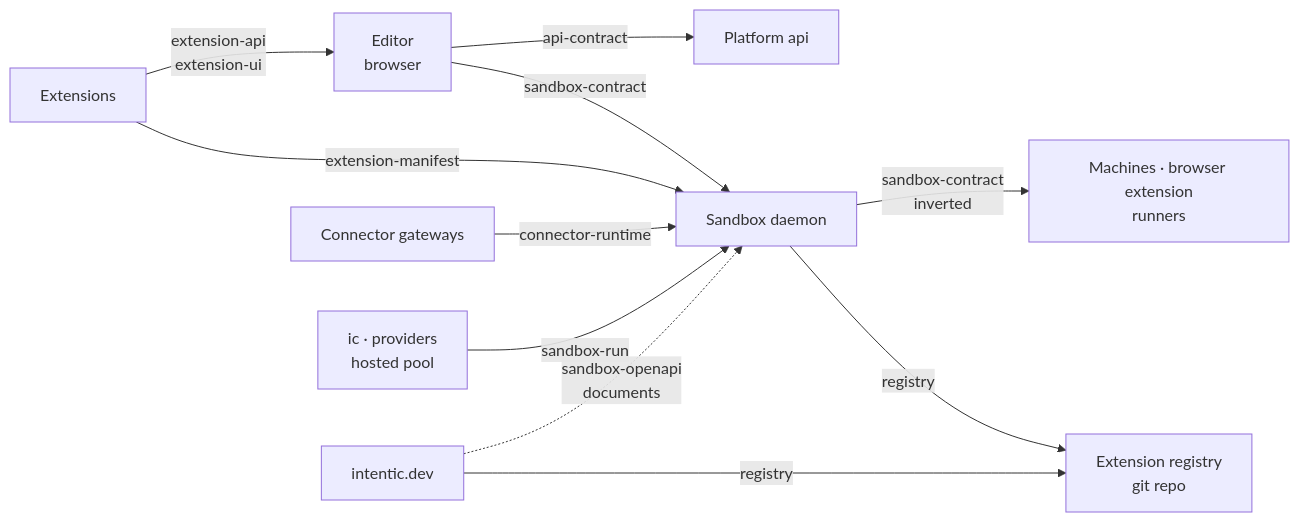
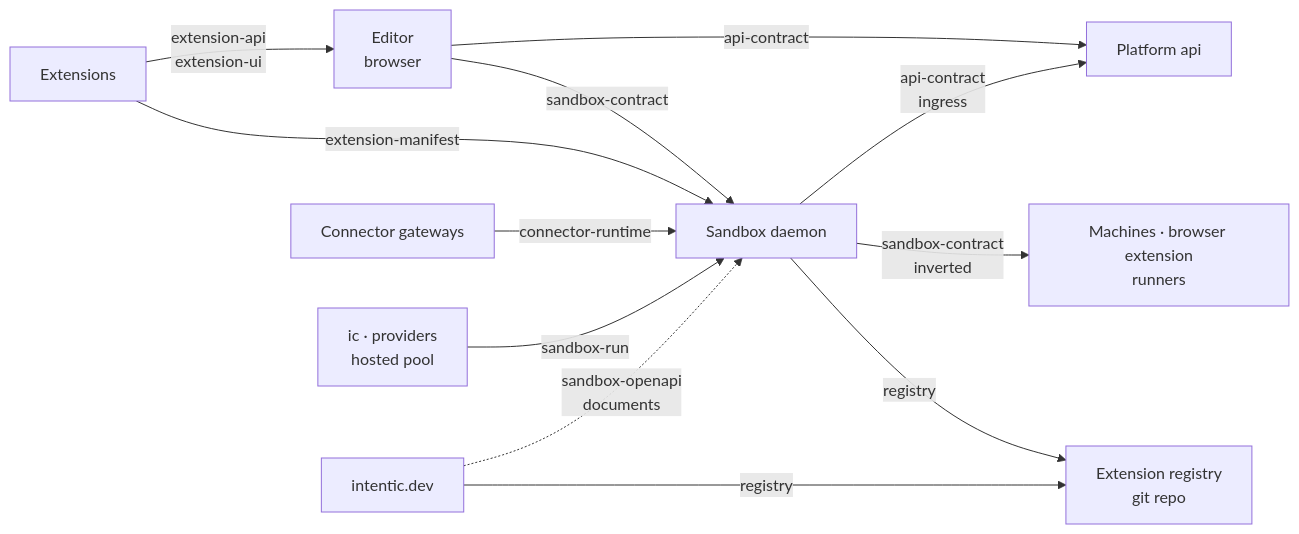
Before and after one commit to intentic/intentic: the diagram in _shared/README.md, drawn with Mermaid. The commit also changed other lines of this file and 2216 other files, not shown here.

Commit message:
chore(docs): refresh architecture index for extension changes

````diff
--- a/_shared/README.md
+++ b/_shared/README.md
@@ -5,13 +5,14 @@
 ```mermaid
 flowchart LR
     web["Editor<br/>browser"] -- "api-contract" --> api["Platform api"]
+    daemon -- "api-contract<br/>ingress" --> api
     web -- "sandbox-contract" --> daemon["Sandbox daemon"]
     daemon -- "sandbox-contract<br/>inverted" --> peers["Machines · browser extension<br/>runners"]
     ext["Extensions"] -- "extension-api<br/>extension-ui" --> web
     ext -- "extension-manifest" --> daemon
     gateways["Connector gateways"] -- "connector-runtime" --> daemon
     launchers["ic · providers<br/>hosted pool"] -- "sandbox-run" --> daemon
     site["intentic.dev"] -. "sandbox-openapi<br/>documents" .-> daemon
     daemon -- "registry" --> reg["Extension registry<br/>git repo"]
     site -- "registry" --> reg
 ```
````
